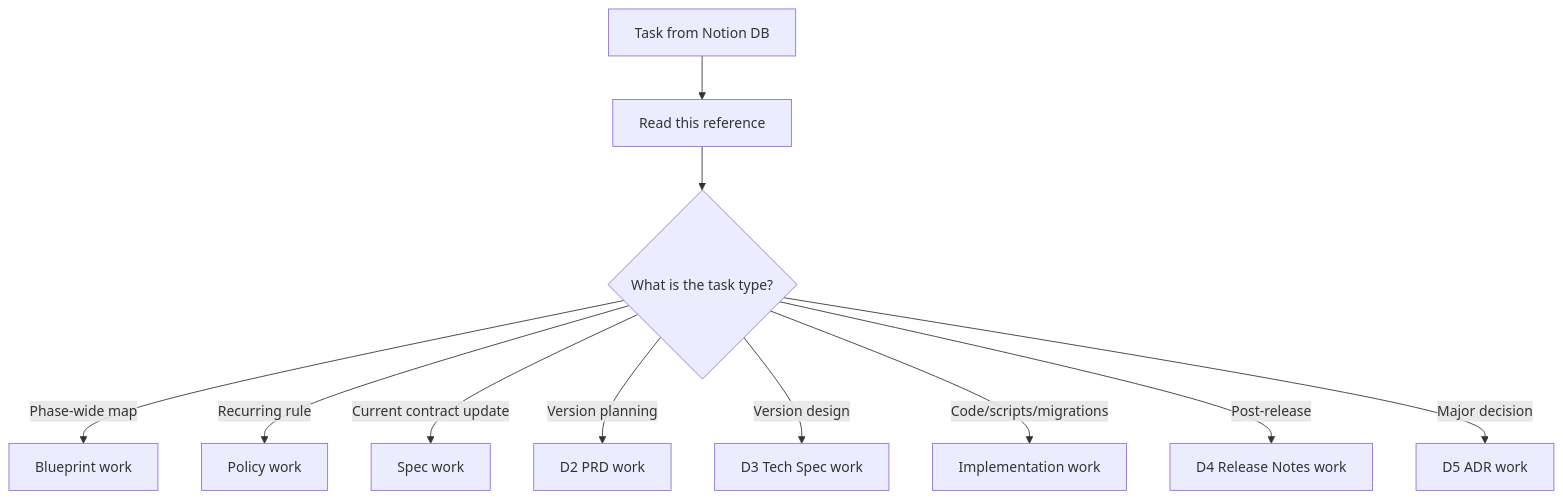
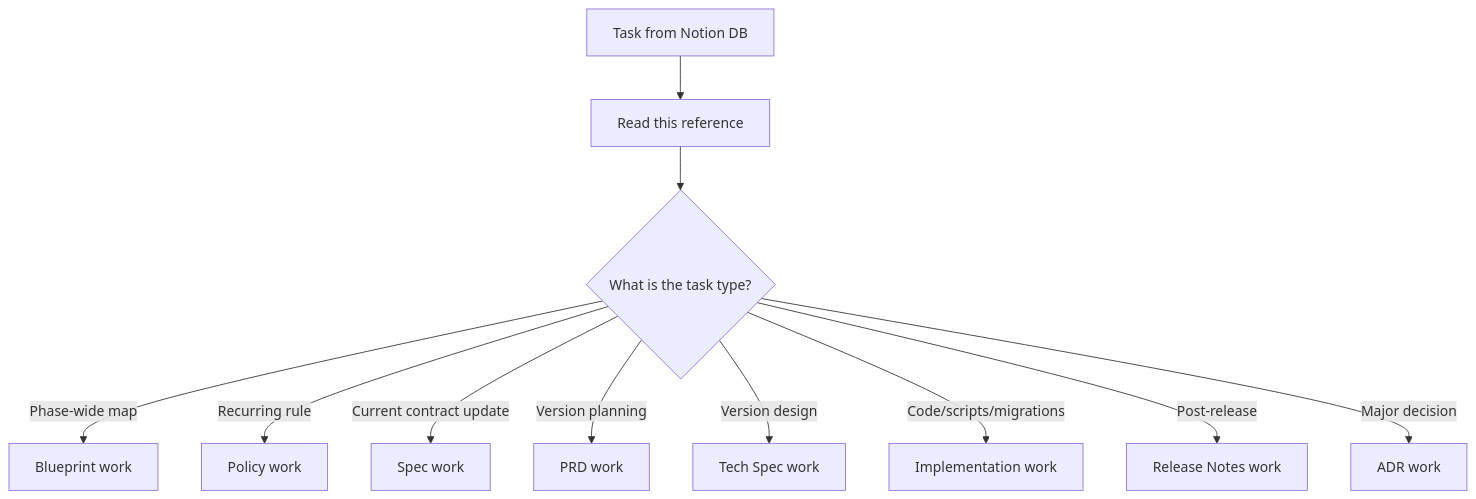
Before and after one commit to ssota-labs/youpd: the first of 2 diagrams in .cursor/skills/youpd-version-workflow/references/documentation-workflow.md, drawn with Mermaid. The commit also changed other lines of this file and 10 other files, not shown here.

First line of the commit message:
docs: rename D3 Tech Spec to Tech Spec across workflow skills

````diff
--- a/.cursor/skills/youpd-version-workflow/references/documentation-workflow.md
+++ b/.cursor/skills/youpd-version-workflow/references/documentation-workflow.md
@@ -25,13 +27,13 @@
 ```mermaid
 flowchart TD
   Start["Task from Notion DB"] --> ReadRef["Read this reference"]
   ReadRef --> Classify{"What is the task type?"}
   Classify -->|"Phase-wide map"| Blueprint["Blueprint work"]
   Classify -->|"Recurring rule"| Policy["Policy work"]
   Classify -->|"Current contract update"| Spec["Spec work"]
-  Classify -->|"Version planning"| PRD["D2 PRD work"]
-  Classify -->|"Version design"| D3["D3 Tech Spec work"]
+  Classify -->|"Version planning"| PRD["PRD work"]
+  Classify -->|"Version design"| TechSpec["Tech Spec work"]
   Classify -->|"Code/scripts/migrations"| Impl["Implementation work"]
-  Classify -->|"Post-release"| D4["D4 Release Notes work"]
-  Classify -->|"Major decision"| ADR["D5 ADR work"]
+  Classify -->|"Post-release"| Release["Release Notes work"]
+  Classify -->|"Major decision"| ADR["ADR work"]
 ```
````
